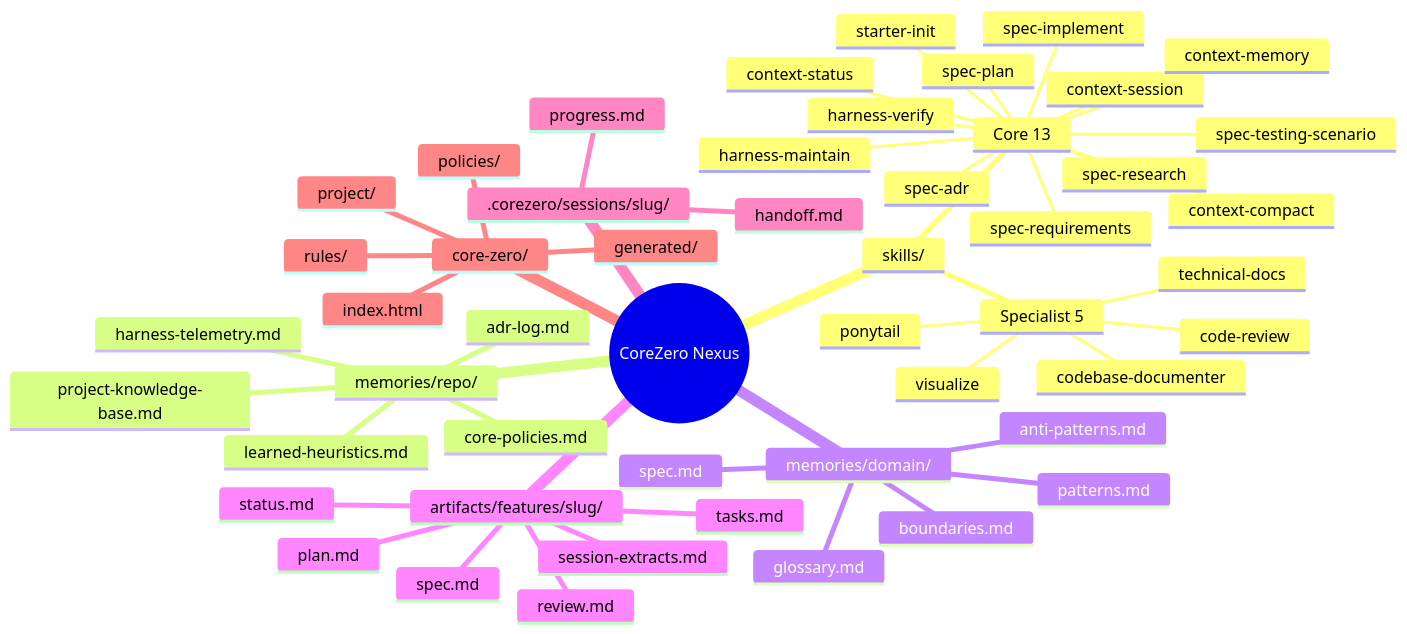
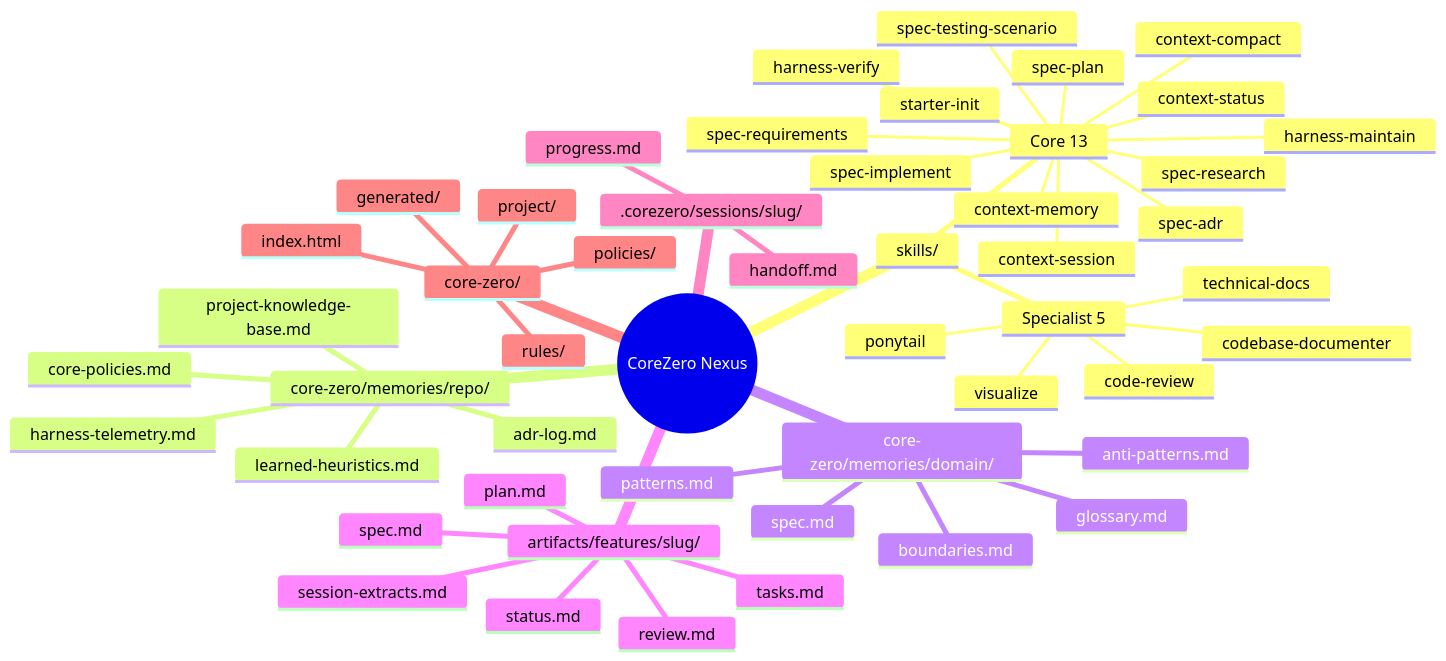
One commit to thaihai-swe/CoreZero-Nexus changed the second of 3 diagrams in documents/architecture.md. Above: the diagram before and after it, drawn with Mermaid. The commit also changed other lines of this file and 72 other files, not shown here.

First line of the commit message:
Refactor memory paths and documentation references to align with core-zero structure

````diff
--- a/documents/architecture.md
+++ b/documents/architecture.md
@@ -276,53 +276,53 @@
 ```mermaid
 mindmap
   root((CoreZero Nexus))
     skills/
       Core 13
         starter-init
         context-session
         context-status
         context-memory
         context-compact
         spec-research
         spec-requirements
         spec-adr
         spec-plan
         spec-implement
         harness-verify
         harness-maintain
         spec-testing-scenario
       Specialist 5
         code-review
         visualize
         codebase-documenter
         technical-docs
         ponytail
-    memories/repo/
+    core-zero/memories/repo/
       adr-log.md
       core-policies.md
       harness-telemetry.md
       learned-heuristics.md
       project-knowledge-base.md
-    memories/domain/
+    core-zero/memories/domain/
       anti-patterns.md
       boundaries.md
       glossary.md
       patterns.md
       spec.md
     artifacts/features/slug/
       status.md
       spec.md
       plan.md
       tasks.md
       review.md
       session-extracts.md
     .corezero/sessions/slug/
       progress.md
       handoff.md
     core-zero/
       generated/
       policies/
       project/
       rules/
       index.html
 ```
````
